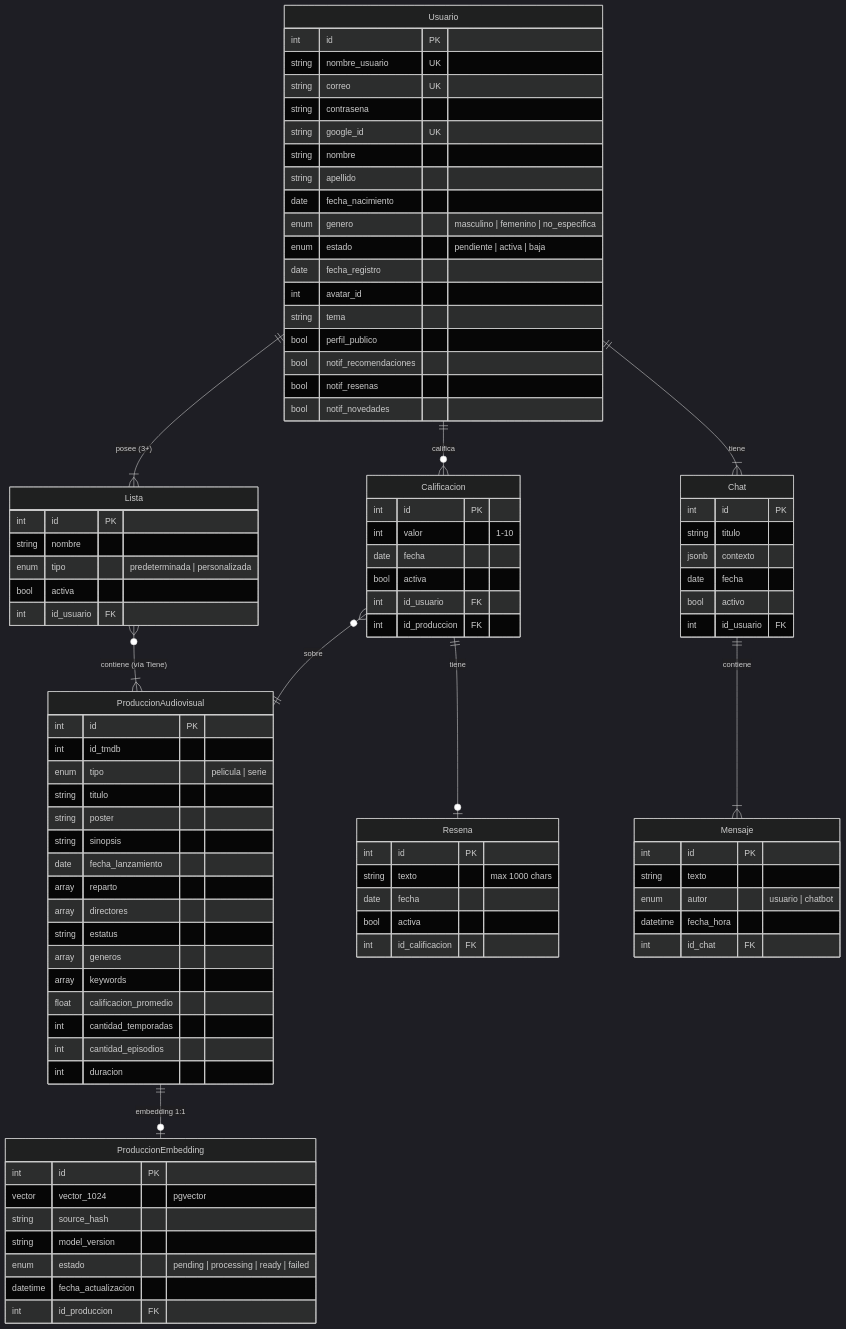
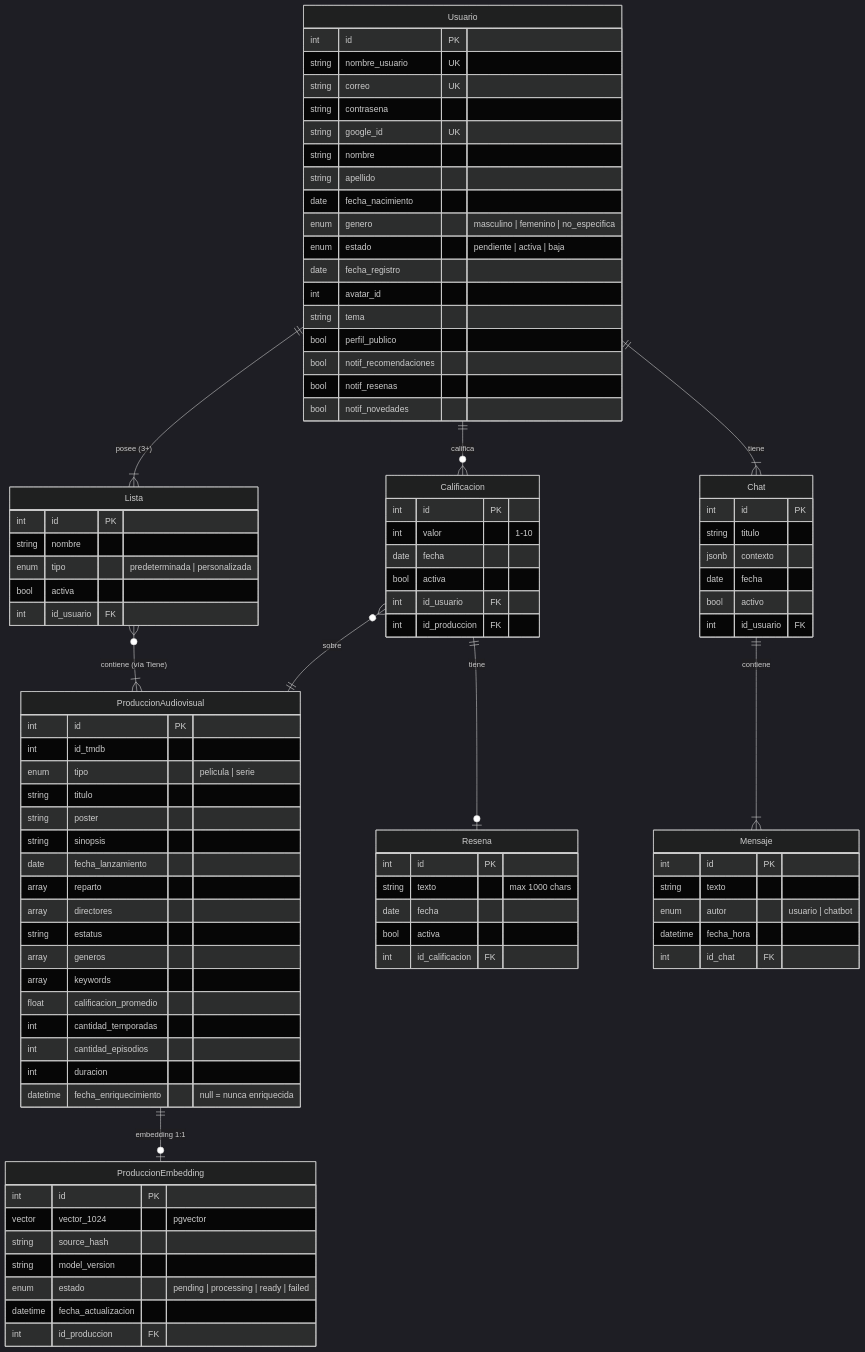
One commit to MarcosDebona25/FilmAI changed the diagram in README.md. Above: the diagram before and after it, drawn with Mermaid (dark theme). The commit also changed other lines of this file, not shown here.

```diff
--- a/README.md
+++ b/README.md
@@ -140,6 +140,7 @@
         int cantidad_temporadas
         int cantidad_episodios
         int duracion
+        datetime fecha_enriquecimiento "null = nunca enriquecida"
     }
 
     Calificacion {
```
